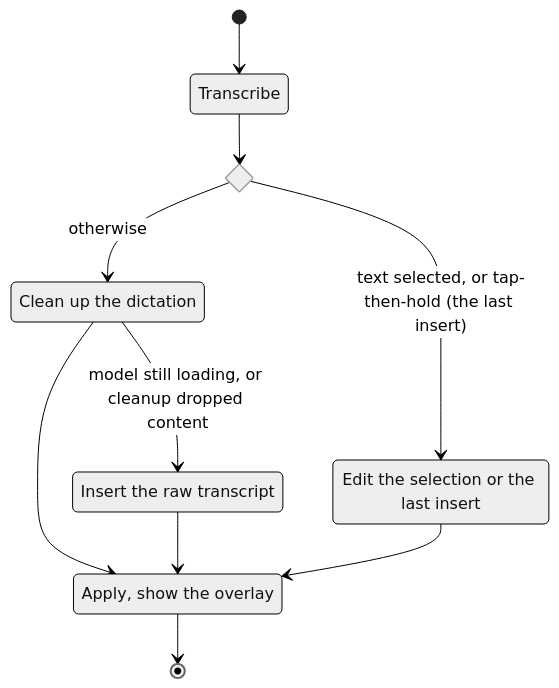
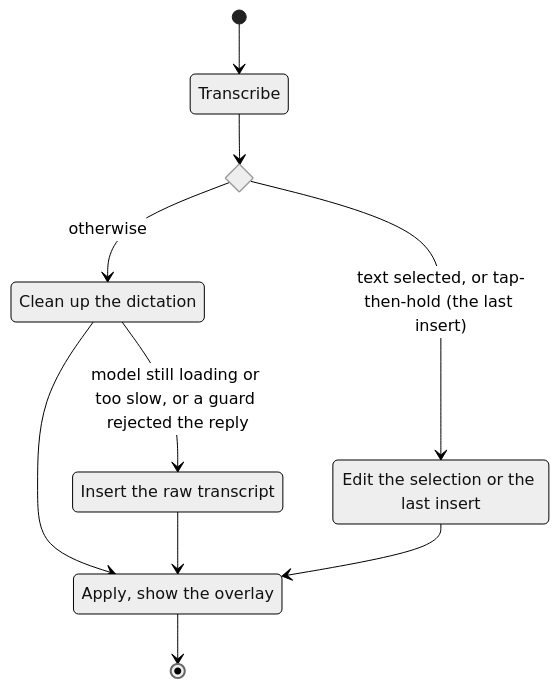
Before and after one commit to thirteen37/PopTalk: the second of 4 diagrams in docs/how-it-works.md, drawn with Mermaid (neutral theme). The commit also changed other lines of this file and 3 other files, not shown here.

````diff
--- a/docs/how-it-works.md
+++ b/docs/how-it-works.md
@@ -56,19 +56,19 @@
 ```mermaid
 stateDiagram-v2
     state "Transcribe" as Transcribe
     state which <<choice>>
     state "Edit the selection or the last insert" as Edit
     state "Clean up the dictation" as Cleanup
     state "Insert the raw transcript" as Raw
     state "Apply, show the overlay" as Apply
 
     [*] --> Transcribe
     Transcribe --> which
     which --> Edit: text selected, or tap-then-hold (the last insert)
     which --> Cleanup: otherwise
-    Cleanup --> Raw: model still loading, or cleanup dropped content
+    Cleanup --> Raw: model still loading or too slow, or a guard rejected the reply
     Cleanup --> Apply
     Raw --> Apply
     Edit --> Apply
     Apply --> [*]
 ```
````
